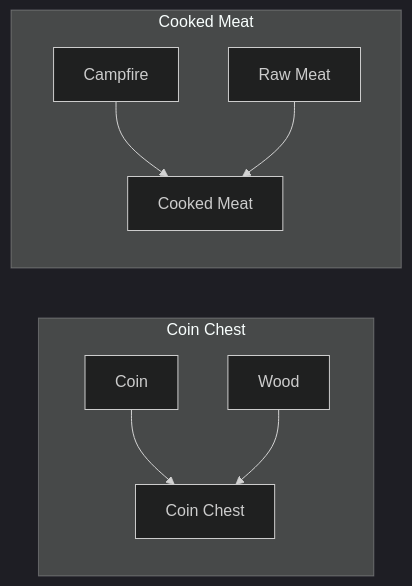
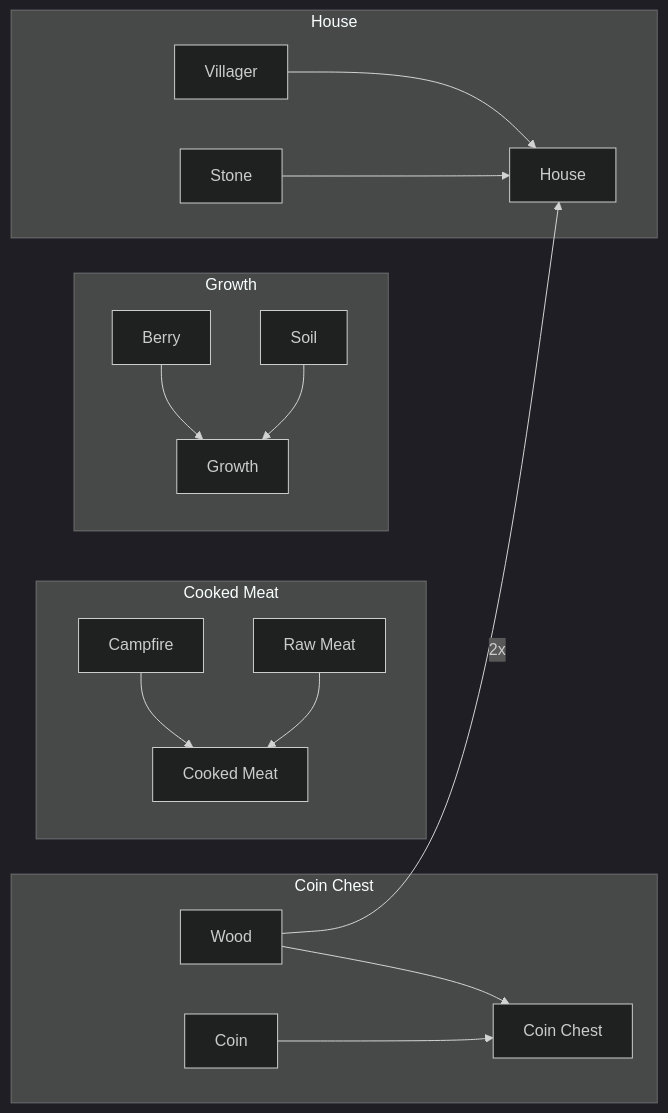
One commit to res0nat0r/stacklands changed the diagram in README.md. Above: the diagram before and after it, drawn with Mermaid (dark theme).

````diff
--- a/README.md
+++ b/README.md
@@ -3,24 +3,36 @@
 ```mermaid
 %%{
 init: {
 "flowchart":{
 "useMaxWidth": 0
 }
 }
 }%%
 
 graph LR
 
 subgraph Coin Chest
 coin[Coin] --> coin_chest[Coin Chest]
 wood[Wood] --> coin_chest
 end
 
 subgraph Cooked Meat
 campfire[Campfire] --> cooked_meat[Cooked Meat]
 raw_meat[Raw Meat] --> cooked_meat
 end
 
+subgraph Growth
+berry[Berry] --> growth[Growth]
+soil[Soil] --> growth
+end
+
+subgraph House
+wood -->|2x| house[House]
+stone[Stone] --> house
+villager[Villager] --> house
+end 
+
+
 
 
 ```
````
